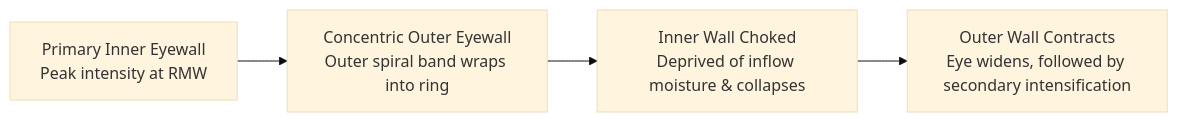
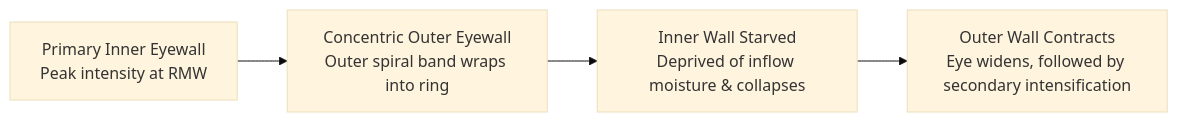
The third of 11 diagrams in content/post/typhoon-meteorology-mechanisms-historic-disasters-guide/index.en.md (kenjinote/blog), drawn with Mermaid (base theme) before and after one commit. The commit also changed other lines of this file and 11 other files, not shown here.

````diff
--- a/content/post/typhoon-meteorology-mechanisms-historic-disasters-guide/index.en.md
+++ b/content/post/typhoon-meteorology-mechanisms-historic-disasters-guide/index.en.md
@@ -108,6 +123,6 @@
 ```mermaid
 flowchart LR
     E1["Primary Inner Eyewall<br/>Peak intensity at RMW"] --> E2["Concentric Outer Eyewall<br/>Outer spiral band wraps into ring"]
-    E2 --> E3["Inner Wall Choked<br/>Deprived of inflow moisture & collapses"]
+    E2 --> E3["Inner Wall Starved<br/>Deprived of inflow moisture & collapses"]
     E3 --> E4["Outer Wall Contracts<br/>Eye widens, followed by secondary intensification"]
 ```
````
